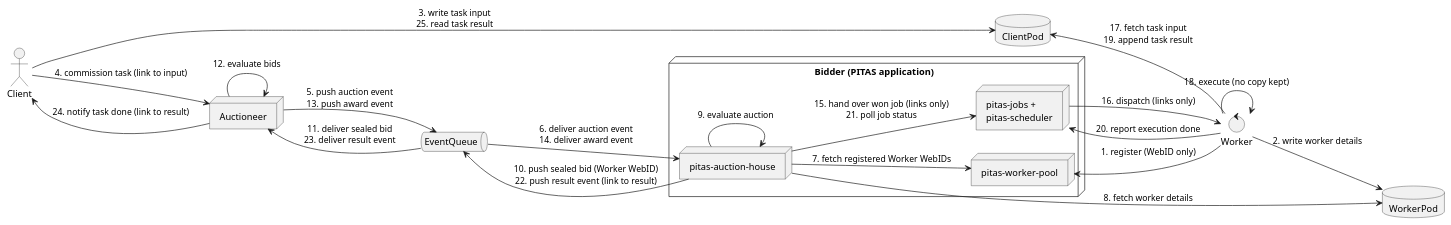
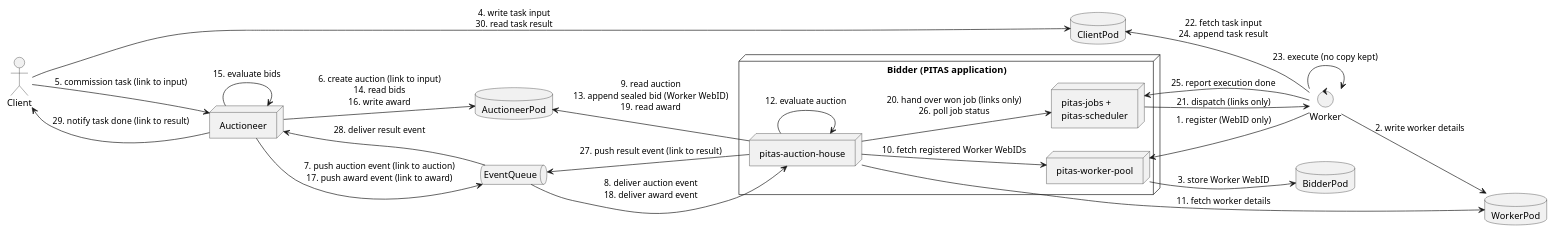
The diagram in asse/e09-solid/img/sovereignty-deployment-minimal.puml (GiugAles/hyperdecks.github.io), drawn with PlantUML before and after one commit.

Commit message:
feat(asse): application pods and sheet links in the E9 deployment diagram
Tasks 3-4 of the sheet require a pod per PITAS application, so the rules
alone understate the deployment. Each part now links the sheet line that
mandates it (grep mandated-by), pinned to sheet commit 0c4250f.

```diff
--- a/asse/e09-solid/img/sovereignty-deployment-minimal.puml
+++ b/asse/e09-solid/img/sovereignty-deployment-minimal.puml
@@ -1,59 +1,179 @@
 @startuml
 left to right direction
 
-actor Client
-database ClientPod
-node Auctioneer
-queue EventQueue
-node "Bidder (PITAS application)" as BidderApp {
-  node "pitas-auction-house" as BidderAH
-  node "pitas-worker-pool" as WorkerPool
-  node "pitas-jobs +\npitas-scheduler" as BidderJobs
-}
-control Worker
-database WorkerPod
-
-' Minimum deployment that satisfies the two sovereignty rules of Exercise 9:
-'   Rule 1: task input and result stay in the ClientPod; Auctioneer, Bidder
-'           and Worker only pass links and keep no copy.
-'   Rule 2: worker details stay in the WorkerPod; the Bidder keeps only the
-'           Worker's WebID.
+' Minimum deployment for Exercise 9: the two sovereignty rules plus the pods
+' that Tasks 3 and 4 of the sheet require. Each entity and edge below carries
+' a comment that says what in the sheet mandates it, with a link to the line.
+' "mandated-by:" marks what the sheet mandates (grep for it); "not mandated"
+' marks parts taken from the groups' code (E7/E8).
+' Sheet version: Interactions-HSG/ASSE-Exercise-9 at commit 0c4250f.
+'
 ' "Auction house" in Rule 2 is the whole Bidder application: as in the groups'
 ' code (E7/E8), the Worker registers with the worker pool, the auction house
 ' only reads it, and a won job goes through pitas-jobs and the scheduler to
 ' the Worker; the auction house never calls the Worker directly.
-' Auctions, bids, and awards are not covered by the rules; here they travel
-' as messages and stay in the applications (no further pods).
-' Permission grants are left out.
-' Timing: only step 8 is placed by a rule. Rule 2 makes the Bidder resolve
-' worker details "at run time ... whenever it needs them", so it fetches them
-' per auction. Step 7 could happen at any time (the Bidder may keep WebIDs);
-' it comes before step 8 only because the WebID is needed to reach the pod.
+' The queue carries only notifications with links; the data is in the pods.
+' Left out: permission grants, the type index (Task 4.2), and the Auctioneer's
+' own worker pool and the Bidder's own auctions (each group plays both roles).
+' Timing: only step 11 is placed by a rule. Step 10 could happen at any time
+' (the Bidder may keep WebIDs); it comes before step 11 only because the
+' WebID is needed to reach the pod.
 ' Layout: Client and Auctioneer left, Bidder and Worker right, queue in
 ' between. Arrows are written left to right (with <-- for the reverse flow)
 ' to keep the columns; parallel messages share one arrow, numbers give the
-' order. Worker setup (1.-2.) comes before the task.
+' order. Worker setup (1.-3.) comes before the task.
 
-Client --> ClientPod : 3. write task input\n25. read task result
-Client --> Auctioneer : 4. commission task (link to input)
-Client <-- Auctioneer : 24. notify task done (link to result)
+' --- Entities ---------------------------------------------------------------
 
-Auctioneer --> EventQueue : 5. push auction event\n13. push award event
-Auctioneer <-- EventQueue : 11. deliver sealed bid\n23. deliver result event
-Auctioneer --> Auctioneer : 12. evaluate bids
+' Client and ClientPod: mandated-by: Rule 1 stores task input and result in the client's
+' pod; Task 1.1 states that the rules require clients to have pods.
+' https://github.com/Interactions-HSG/ASSE-Exercise-9/blob/0c4250f9e526924a9fb5ac7d5c447e125c9cf964/main.tex#L175
+' https://github.com/Interactions-HSG/ASSE-Exercise-9/blob/0c4250f9e526924a9fb5ac7d5c447e125c9cf964/main.tex#L184
+actor Client
+database ClientPod
 
-EventQueue --> BidderAH : 6. deliver auction event\n14. deliver award event
-EventQueue <-- BidderAH : 10. push sealed bid (Worker WebID)\n22. push result event (link to result)
-BidderAH --> WorkerPool : 7. fetch registered Worker WebIDs
-BidderAH --> WorkerPod : 8. fetch worker details
-BidderAH --> BidderAH : 9. evaluate auction
-BidderAH --> BidderJobs : 15. hand over won job (links only)\n21. poll job status
+' Auctioneer: mandated-by: the auction house that publishes the auction and reads all bids
+' in the integration test.
+' https://github.com/Interactions-HSG/ASSE-Exercise-9/blob/0c4250f9e526924a9fb5ac7d5c447e125c9cf964/main.tex#L238
+' https://github.com/Interactions-HSG/ASSE-Exercise-9/blob/0c4250f9e526924a9fb5ac7d5c447e125c9cf964/main.tex#L239
+node Auctioneer
 
+' AuctioneerPod: mandated-by: the auction house publishes auctions "in its pod" (Task 3.2)
+' and has a bid container that only it may read (Task 4.3); after a wipe the
+' application rebuilds open auctions and received bids from pods (Task 3.1).
+' Task 1.2 leaves the owner of bids and awards open; this diagram puts them
+' here because Task 4.3 describes the bid container as the auction house's.
+' https://github.com/Interactions-HSG/ASSE-Exercise-9/blob/0c4250f9e526924a9fb5ac7d5c447e125c9cf964/main.tex#L238
+' https://github.com/Interactions-HSG/ASSE-Exercise-9/blob/0c4250f9e526924a9fb5ac7d5c447e125c9cf964/main.tex#L274
+' https://github.com/Interactions-HSG/ASSE-Exercise-9/blob/0c4250f9e526924a9fb5ac7d5c447e125c9cf964/main.tex#L231
+' https://github.com/Interactions-HSG/ASSE-Exercise-9/blob/0c4250f9e526924a9fb5ac7d5c447e125c9cf964/main.tex#L185
+database AuctioneerPod
+
+' EventQueue: not mandated. It is the event plane from Exercise 8; the sheet
+' allows its state to stay in the application (Task 1) and asks whether to
+' keep it next to Solid (Task 5).
+' https://github.com/Interactions-HSG/ASSE-Exercise-9/blob/0c4250f9e526924a9fb5ac7d5c447e125c9cf964/main.tex#L181
+' https://github.com/Interactions-HSG/ASSE-Exercise-9/blob/0c4250f9e526924a9fb5ac7d5c447e125c9cf964/main.tex#L317
+queue EventQueue
+
+' Bidder: mandated-by: the bidder of the integration test. Its split into components is
+' not mandated; it follows the groups' code.
+' https://github.com/Interactions-HSG/ASSE-Exercise-9/blob/0c4250f9e526924a9fb5ac7d5c447e125c9cf964/main.tex#L239
+node "Bidder (PITAS application)" as BidderApp {
+  node "pitas-auction-house" as BidderAH
+  ' pitas-worker-pool: mandated-by: Rule 2 has workers register with an auction house.
+  ' https://github.com/Interactions-HSG/ASSE-Exercise-9/blob/0c4250f9e526924a9fb5ac7d5c447e125c9cf964/main.tex#L178
+  node "pitas-worker-pool" as WorkerPool
+  ' pitas-jobs + pitas-scheduler: not mandated; groups' code.
+  node "pitas-jobs +\npitas-scheduler" as BidderJobs
+}
+
+' BidderPod: mandated-by: after a wipe the application rebuilds its registered workers
+' from pods (Task 3.1), so the worker registry (WebIDs only) needs a pod.
+' https://github.com/Interactions-HSG/ASSE-Exercise-9/blob/0c4250f9e526924a9fb5ac7d5c447e125c9cf964/main.tex#L231
+database BidderPod
+
+' Worker and WorkerPod: mandated-by: Rule 2 keeps worker details in the worker's pod;
+' Task 1.1 states that the rules require workers to have pods.
+' https://github.com/Interactions-HSG/ASSE-Exercise-9/blob/0c4250f9e526924a9fb5ac7d5c447e125c9cf964/main.tex#L178
+' https://github.com/Interactions-HSG/ASSE-Exercise-9/blob/0c4250f9e526924a9fb5ac7d5c447e125c9cf964/main.tex#L184
+control Worker
+database WorkerPod
+
+' --- Edges ------------------------------------------------------------------
+
+' 4, 30: mandated-by: Rule 1 stores the input in the client's pod; the commissioning
+' client can read the result (Task 3.2).
+' https://github.com/Interactions-HSG/ASSE-Exercise-9/blob/0c4250f9e526924a9fb5ac7d5c447e125c9cf964/main.tex#L175
+' https://github.com/Interactions-HSG/ASSE-Exercise-9/blob/0c4250f9e526924a9fb5ac7d5c447e125c9cf964/main.tex#L241
+Client --> ClientPod : 4. write task input\n30. read task result
+' 5: mandated-by: Rule 1 for passing only a link (no intermediary stores
+' the input); the commission itself is not mandated.
+' https://github.com/Interactions-HSG/ASSE-Exercise-9/blob/0c4250f9e526924a9fb5ac7d5c447e125c9cf964/main.tex#L175
+Client --> Auctioneer : 5. commission task (link to input)
+' 29: not mandated; groups' code. The link only, as for 5.
+Client <-- Auctioneer : 29. notify task done (link to result)
+
+' 6: mandated-by: the auction house publishes the auction in its pod (Task 3.2), readable
+' by anyone (Task 4.3).
+' https://github.com/Interactions-HSG/ASSE-Exercise-9/blob/0c4250f9e526924a9fb5ac7d5c447e125c9cf964/main.tex#L238
+' https://github.com/Interactions-HSG/ASSE-Exercise-9/blob/0c4250f9e526924a9fb5ac7d5c447e125c9cf964/main.tex#L273
+' 14: the auction house can read all bids (Task 3.2, Task 4.3).
+' https://github.com/Interactions-HSG/ASSE-Exercise-9/blob/0c4250f9e526924a9fb5ac7d5c447e125c9cf964/main.tex#L239
+' https://github.com/Interactions-HSG/ASSE-Exercise-9/blob/0c4250f9e526924a9fb5ac7d5c447e125c9cf964/main.tex#L274
+' 16: the auction house awards the auction (Task 3.2); the award is stored in
+' a pod (Task 1.3), whose owner Task 1.2 leaves open.
+' https://github.com/Interactions-HSG/ASSE-Exercise-9/blob/0c4250f9e526924a9fb5ac7d5c447e125c9cf964/main.tex#L240
+' https://github.com/Interactions-HSG/ASSE-Exercise-9/blob/0c4250f9e526924a9fb5ac7d5c447e125c9cf964/main.tex#L186
+Auctioneer --> AuctioneerPod : 6. create auction (link to input)\n14. read bids\n16. write award
+' 7, 17: not mandated; event plane from Exercise 8 (see EventQueue).
+Auctioneer --> EventQueue : 7. push auction event (link to auction)\n17. push award event (link to award)
+' 28: not mandated; event plane from Exercise 8.
+Auctioneer <-- EventQueue : 28. deliver result event
+' 15: not mandated; how bids are evaluated is up to the groups.
+Auctioneer --> Auctioneer : 15. evaluate bids
+
+' 9: mandated-by: the bidder discovers the auction from the auction house's WebID
+' (Task 3.2).
+' https://github.com/Interactions-HSG/ASSE-Exercise-9/blob/0c4250f9e526924a9fb5ac7d5c447e125c9cf964/main.tex#L238
+' 13: the bidder appends a bid and cannot read others' bids (Task 3.2); the
+' bid container is append-only for anyone (Task 4.3).
+' https://github.com/Interactions-HSG/ASSE-Exercise-9/blob/0c4250f9e526924a9fb5ac7d5c447e125c9cf964/main.tex#L239
+' https://github.com/Interactions-HSG/ASSE-Exercise-9/blob/0c4250f9e526924a9fb5ac7d5c447e125c9cf964/main.tex#L274
+' 19: after the award, the task description becomes readable to the winner
+' only (Task 3.2, Task 4.3).
+' https://github.com/Interactions-HSG/ASSE-Exercise-9/blob/0c4250f9e526924a9fb5ac7d5c447e125c9cf964/main.tex#L240
+' https://github.com/Interactions-HSG/ASSE-Exercise-9/blob/0c4250f9e526924a9fb5ac7d5c447e125c9cf964/main.tex#L275
+AuctioneerPod <-- BidderAH : 9. read auction\n13. append sealed bid (Worker WebID)\n19. read award
+' 8, 18: not mandated; event plane from Exercise 8.
+EventQueue --> BidderAH : 8. deliver auction event\n18. deliver award event
+' 27: not mandated; event plane from Exercise 8.
+EventQueue <-- BidderAH : 27. push result event (link to result)
+' 10: mandated-by: Rule 2 resolves details "starting from the worker's WebID"; when the
+' WebIDs are read is not mandated.
+' https://github.com/Interactions-HSG/ASSE-Exercise-9/blob/0c4250f9e526924a9fb5ac7d5c447e125c9cf964/main.tex#L178
+BidderAH --> WorkerPool : 10. fetch registered Worker WebIDs
+' 11: mandated-by: Rule 2 resolves worker details at run time, whenever needed; the bidder
+' resolves them "at that moment" (Task 3.2). The read access comes from the
+' registration (Task 4.3).
+' https://github.com/Interactions-HSG/ASSE-Exercise-9/blob/0c4250f9e526924a9fb5ac7d5c447e125c9cf964/main.tex#L178
+' https://github.com/Interactions-HSG/ASSE-Exercise-9/blob/0c4250f9e526924a9fb5ac7d5c447e125c9cf964/main.tex#L239
+' https://github.com/Interactions-HSG/ASSE-Exercise-9/blob/0c4250f9e526924a9fb5ac7d5c447e125c9cf964/main.tex#L277
+BidderAH --> WorkerPod : 11. fetch worker details
+' 12: mandated-by: the bidder decides to bid based on its workers' details (Task 3.2).
+' https://github.com/Interactions-HSG/ASSE-Exercise-9/blob/0c4250f9e526924a9fb5ac7d5c447e125c9cf964/main.tex#L239
+BidderAH --> BidderAH : 12. evaluate auction
+' 20, 26: mandated-by: Rule 1 for passing links only (no copies); the
+' hand-over and polling themselves are not mandated (groups' code).
+' https://github.com/Interactions-HSG/ASSE-Exercise-9/blob/0c4250f9e526924a9fb5ac7d5c447e125c9cf964/main.tex#L175
+BidderAH --> BidderJobs : 20. hand over won job (links only)\n26. poll job status
+
+' 1: mandated-by: Rule 2 has the worker register with an auction house; the auction house
+' stores no details about it.
+' https://github.com/Interactions-HSG/ASSE-Exercise-9/blob/0c4250f9e526924a9fb5ac7d5c447e125c9cf964/main.tex#L178
 WorkerPool <-- Worker : 1. register (WebID only)
+' 3: mandated-by: the application rebuilds its registered workers from pods after a wipe
+' (Task 3.1).
+' https://github.com/Interactions-HSG/ASSE-Exercise-9/blob/0c4250f9e526924a9fb5ac7d5c447e125c9cf964/main.tex#L231
+WorkerPool --> BidderPod : 3. store Worker WebID
+' 2: mandated-by: Rule 2 keeps the worker details in the worker's pod.
+' https://github.com/Interactions-HSG/ASSE-Exercise-9/blob/0c4250f9e526924a9fb5ac7d5c447e125c9cf964/main.tex#L178
 Worker --> WorkerPod : 2. write worker details
-BidderJobs --> Worker : 16. dispatch (links only)
-BidderJobs <-- Worker : 20. report execution done
-ClientPod <-- Worker : 17. fetch task input\n19. append task result
-Worker --> Worker : 18. execute (no copy kept)
+' 21, 25: mandated-by: Rule 1 for passing links only (no copies); dispatch
+' and report themselves are not mandated (groups' code).
+' https://github.com/Interactions-HSG/ASSE-Exercise-9/blob/0c4250f9e526924a9fb5ac7d5c447e125c9cf964/main.tex#L175
+BidderJobs --> Worker : 21. dispatch (links only)
+BidderJobs <-- Worker : 25. report execution done
+' 22, 24: mandated-by: the worker reads the input from and writes the result into the
+' client's pod (Rule 1, Task 3.2); it may write there but read nothing else
+' (Task 4.3).
+' https://github.com/Interactions-HSG/ASSE-Exercise-9/blob/0c4250f9e526924a9fb5ac7d5c447e125c9cf964/main.tex#L175
+' https://github.com/Interactions-HSG/ASSE-Exercise-9/blob/0c4250f9e526924a9fb5ac7d5c447e125c9cf964/main.tex#L241
+' https://github.com/Interactions-HSG/ASSE-Exercise-9/blob/0c4250f9e526924a9fb5ac7d5c447e125c9cf964/main.tex#L276
+ClientPod <-- Worker : 22. fetch task input\n24. append task result
+' 23: mandated-by: neither the winner nor any intermediary keeps a copy (Rule 1, Task 3.2).
+' https://github.com/Interactions-HSG/ASSE-Exercise-9/blob/0c4250f9e526924a9fb5ac7d5c447e125c9cf964/main.tex#L175
+' https://github.com/Interactions-HSG/ASSE-Exercise-9/blob/0c4250f9e526924a9fb5ac7d5c447e125c9cf964/main.tex#L241
+Worker --> Worker : 23. execute (no copy kept)
 
 @enduml
```
